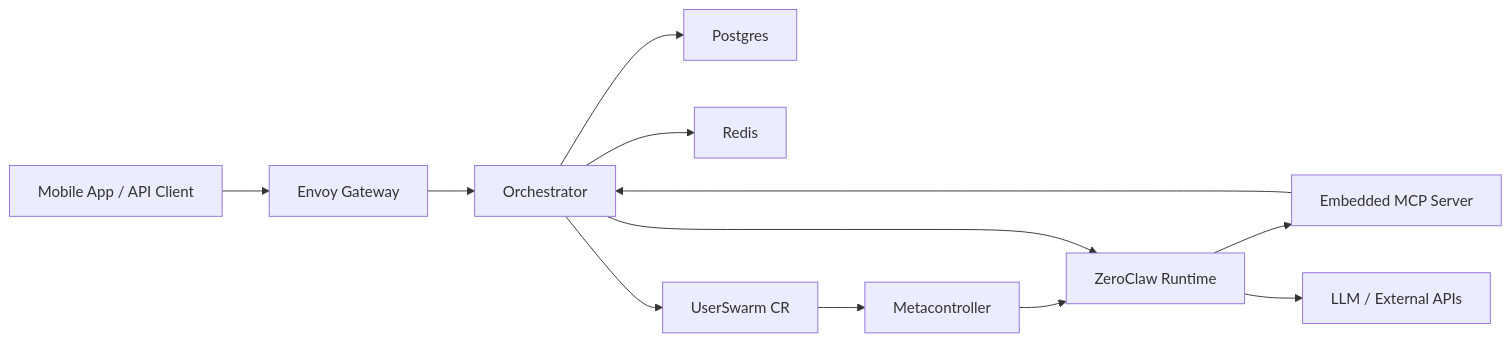
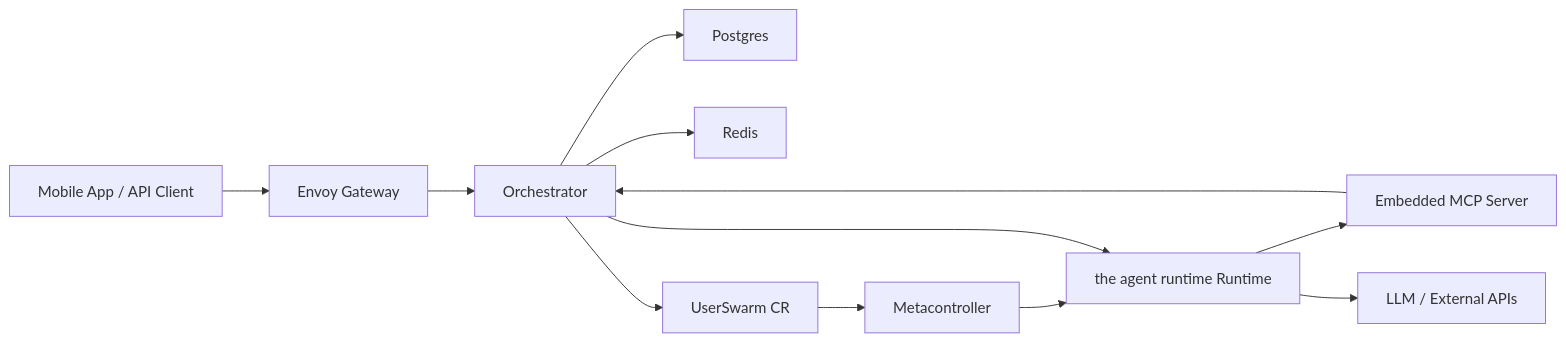
The diagram in README.md (Crawbl-AI/crawbl-backend), drawn with Mermaid before and after one commit. The commit also changed other lines of this file and 44 other files, not shown here.

````diff
--- a/README.md
+++ b/README.md
@@ -26,25 +26,25 @@
 ```mermaid
 flowchart LR
     client["Mobile App / API Client"]
     envoy["Envoy Gateway"]
     orch["Orchestrator"]
     db["Postgres"]
     redis["Redis"]
     cr["UserSwarm CR"]
     mc["Metacontroller"]
-    runtime["ZeroClaw Runtime"]
+    runtime["the agent runtime Runtime"]
     mcp["Embedded MCP Server"]
     llm["LLM / External APIs"]
 
     client --> envoy
     envoy --> orch
     orch --> db
     orch --> redis
     orch --> cr
     cr --> mc
     mc --> runtime
     orch --> runtime
     runtime --> mcp
     mcp --> orch
     runtime --> llm
 ```
````
